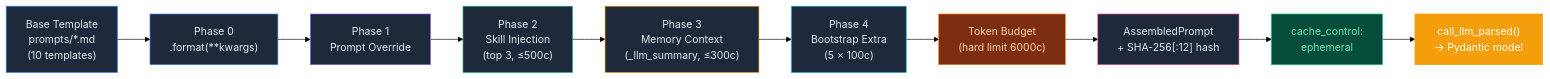
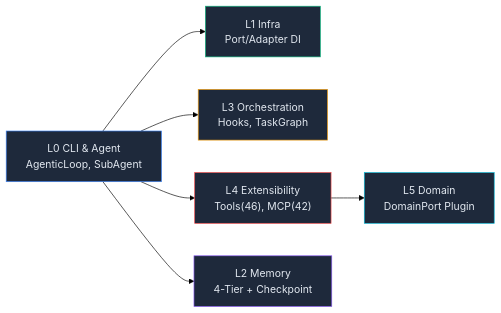
The second of 2 diagrams in README.md (mangowhoiscloud/geode), drawn with Mermaid (forest theme) before and after one commit. The commit also changed other lines of this file and 3 other files, not shown here.

````diff
--- a/README.md
+++ b/README.md
@@ -648,23 +122,15 @@
 ```mermaid
 graph LR
-    T["Base Template<br/>prompts/*.md<br/>(10 templates)"] --> P0["Phase 0<br/>.format(**kwargs)"]
-    P0 --> P1["Phase 1<br/>Prompt Override"]
-    P1 --> P2["Phase 2<br/>Skill Injection<br/>(top 3, ≤500c)"]
-    P2 --> P3["Phase 3<br/>Memory Context<br/>(_llm_summary, ≤300c)"]
-    P3 --> P4["Phase 4<br/>Bootstrap Extra<br/>(5 × 100c)"]
-    P4 --> Budget["Token Budget<br/>(hard limit 6000c)"]
-    Budget --> AP["AssembledPrompt<br/>+ SHA-256[:12] hash"]
-    AP --> Cache["cache_control:<br/>ephemeral"]
-    Cache --> LLM["call_llm_parsed()<br/>→ Pydantic model"]
+    L0["L0 CLI & Agent<br/>AgenticLoop, SubAgent"] --> L1["L1 Infra<br/>Port/Adapter DI"]
+    L0 --> L3["L3 Orchestration<br/>Hooks, TaskGraph"]
+    L0 --> L4["L4 Extensibility<br/>Tools(46), MCP(42)"]
+    L4 --> L5["L5 Domain<br/>DomainPort Plugin"]
+    L0 --> L2["L2 Memory<br/>4-Tier + Checkpoint"]
 
-    style T fill:#1e293b,stroke:#3b82f6,color:#e2e8f0
-    style P0 fill:#1e293b,stroke:#3b82f6,color:#e2e8f0
-    style P1 fill:#1e293b,stroke:#8b5cf6,color:#e2e8f0
-    style P2 fill:#1e293b,stroke:#10b981,color:#e2e8f0
-    style P3 fill:#1e293b,stroke:#f59e0b,color:#e2e8f0
-    style P4 fill:#1e293b,stroke:#06b6d4,color:#e2e8f0
-    style Budget fill:#7c2d12,stroke:#f97316,color:#fed7aa
-    style AP fill:#1e293b,stroke:#ec4899,color:#e2e8f0
-    style Cache fill:#064e3b,stroke:#10b981,color:#6ee7b7
-    style LLM fill:#f59e0b,stroke:#f59e0b,color:#fff
+    style L0 fill:#1e293b,stroke:#3b82f6,color:#e2e8f0
+    style L1 fill:#1e293b,stroke:#10b981,color:#e2e8f0
+    style L2 fill:#1e293b,stroke:#8b5cf6,color:#e2e8f0
+    style L3 fill:#1e293b,stroke:#f59e0b,color:#e2e8f0
+    style L4 fill:#1e293b,stroke:#ef4444,color:#e2e8f0
+    style L5 fill:#1e293b,stroke:#06b6d4,color:#e2e8f0
 ```
````
